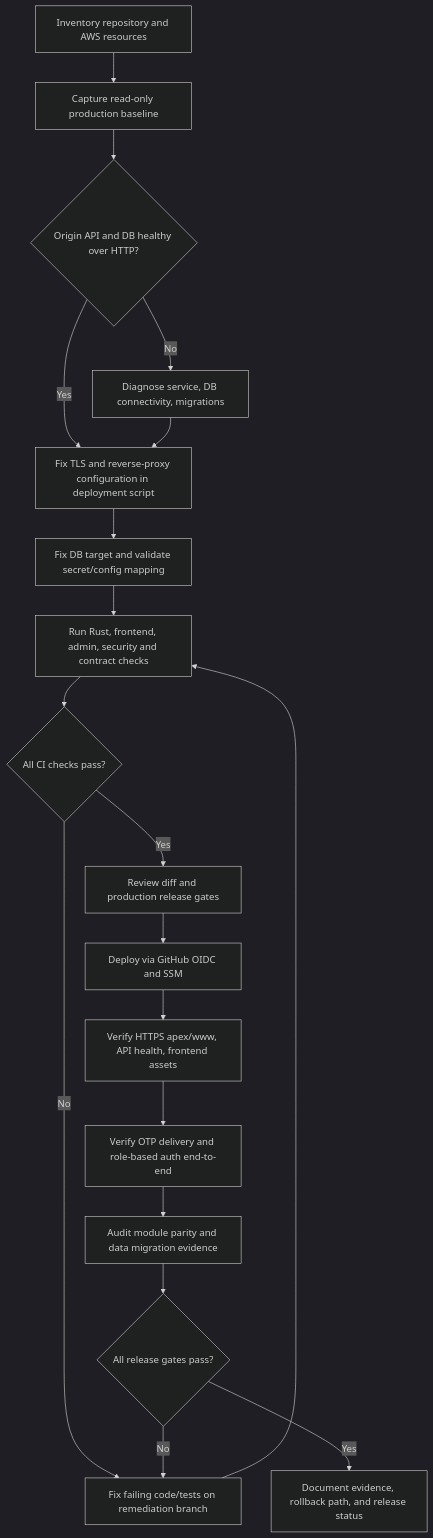
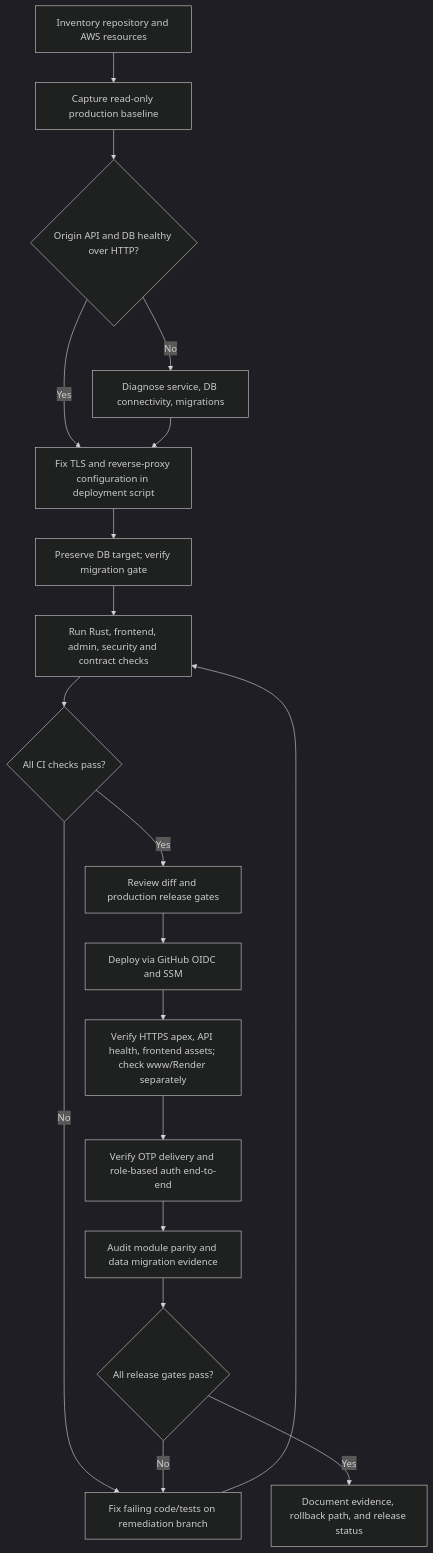
Before and after one commit to Aakruti7870/Track-My-RMC: the diagram in docs/PRODUCTION_AUDIT_AND_REMEDIATION.md, drawn with Mermaid (dark theme). The commit also changed other lines of this file, not shown here.

Commit message:
docs: capture auth contract gap and correct release flow

````diff
--- a/docs/PRODUCTION_AUDIT_AND_REMEDIATION.md
+++ b/docs/PRODUCTION_AUDIT_AND_REMEDIATION.md
@@ -11,21 +11,21 @@
 ```mermaid
 flowchart TD
     A[Inventory repository and AWS resources] --> B[Capture read-only production baseline]
     B --> C{Origin API and DB healthy over HTTP?}
     C -- No --> D[Diagnose service, DB connectivity, migrations]
     C -- Yes --> E[Fix TLS and reverse-proxy configuration in deployment script]
     D --> E
-    E --> F[Fix DB target and validate secret/config mapping]
+    E --> F[Preserve DB target; verify migration gate]
     F --> G[Run Rust, frontend, admin, security and contract checks]
     G --> H{All CI checks pass?}
     H -- No --> I[Fix failing code/tests on remediation branch]
     I --> G
     H -- Yes --> J[Review diff and production release gates]
     J --> K[Deploy via GitHub OIDC and SSM]
-    K --> L[Verify HTTPS apex/www, API health, frontend assets]
+    K --> L[Verify HTTPS apex, API health, frontend assets; check www/Render separately]
     L --> M[Verify OTP delivery and role-based auth end-to-end]
     M --> N[Audit module parity and data migration evidence]
     N --> O{All release gates pass?}
     O -- No --> I
     O -- Yes --> P[Document evidence, rollback path, and release status]
 ```
````
